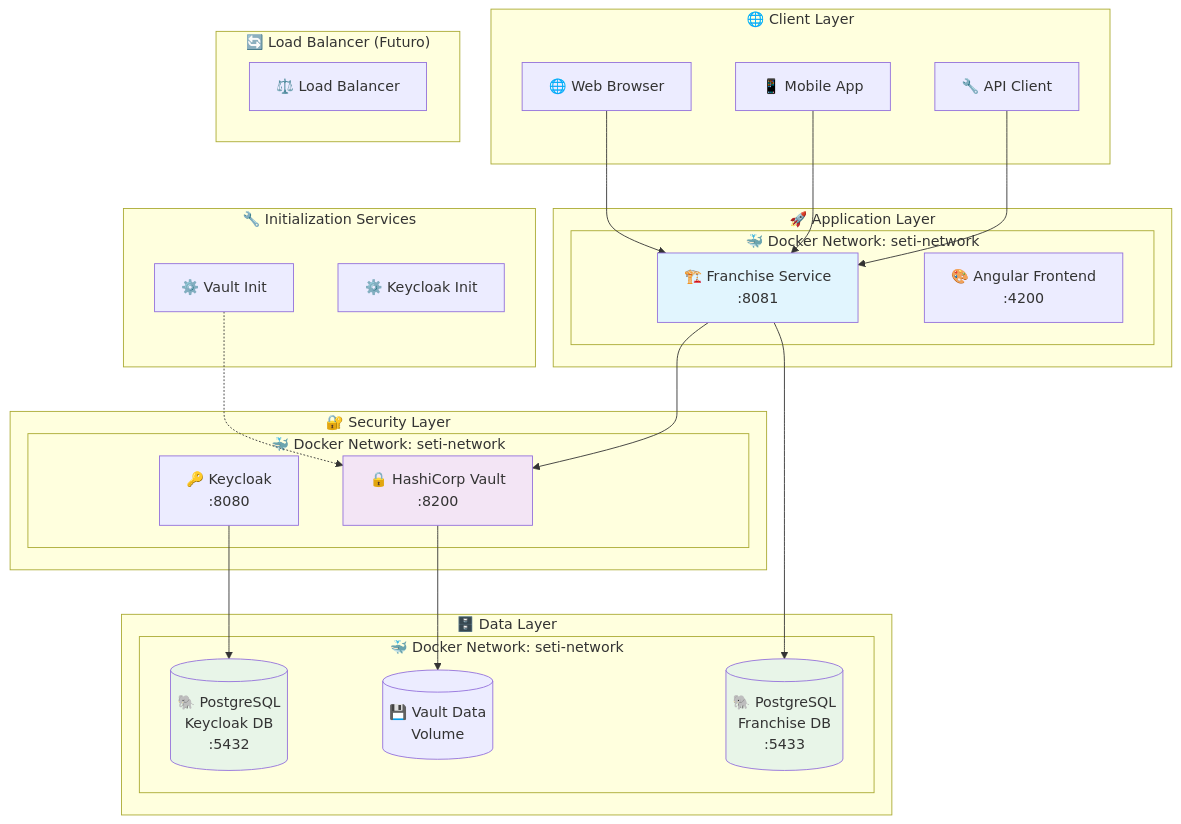
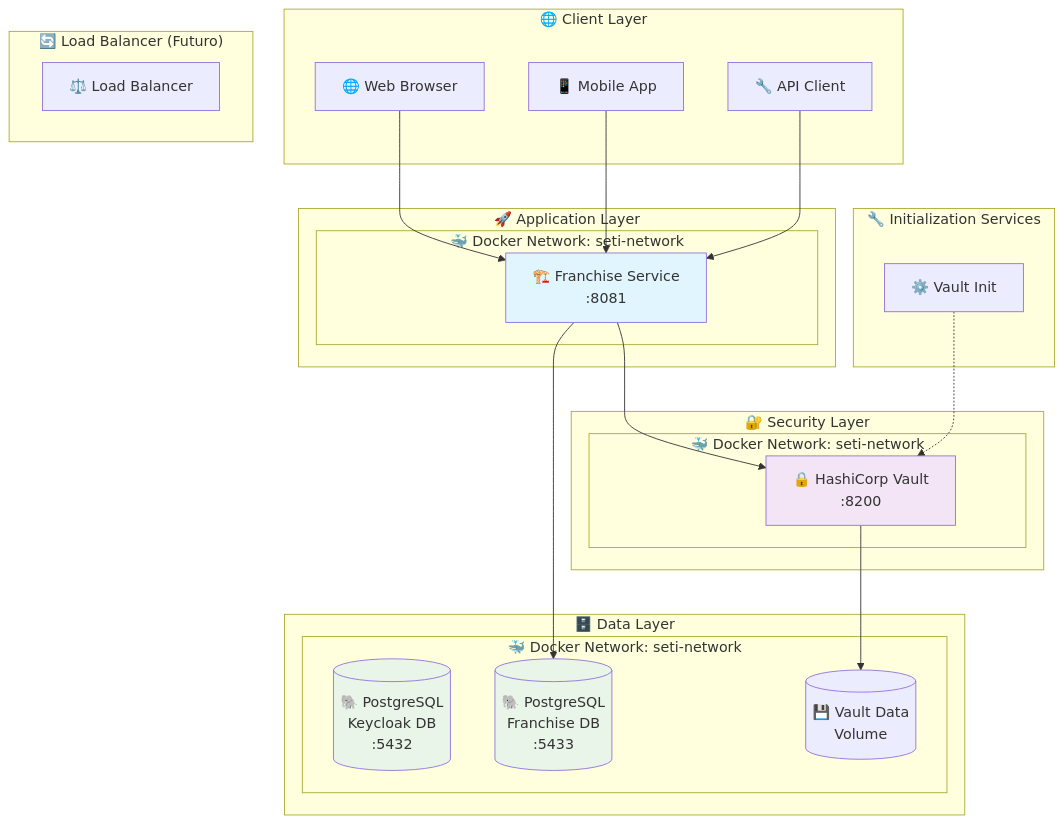
Before and after one commit to emosquerafs/seti: the fourth of 18 diagrams in README.md, drawn with Mermaid.

Commit message:
feat: remove Keycloak references from architecture diagram in README.md

````diff
--- a/README.md
+++ b/README.md
@@ -192,57 +192,54 @@
 ```mermaid
 graph TB
     subgraph "🌐 Client Layer"
         WEB[🌐 Web Browser]
         MOBILE[📱 Mobile App]
         API_CLIENT[🔧 API Client]
     end
     
     subgraph "🔄 Load Balancer (Futuro)"
         LB[⚖️ Load Balancer]
     end
     
     subgraph "🚀 Application Layer"
         subgraph "🐳 Docker Network: seti-network"
-            BACKEND[🏗️ Franchise Service<br/>:8081]
-            FRONTEND[🎨 Angular Frontend<br/>:4200]
+            BACKEND[🏗️ Franchise Service<br/>:8081]            
         end
     end
     
     subgraph "🔐 Security Layer"
-        subgraph "🐳 Docker Network: seti-network"
-            KEYCLOAK[🔑 Keycloak<br/>:8080]
+        subgraph "🐳 Docker Network: seti-network"            
             VAULT[🔒 HashiCorp Vault<br/>:8200]
         end
     end
     
     subgraph "🗄️ Data Layer"
         subgraph "🐳 Docker Network: seti-network"
             PG_KC[(🐘 PostgreSQL<br/>Keycloak DB<br/>:5432)]
             PG_APP[(🐘 PostgreSQL<br/>Franchise DB<br/>:5433)]
             VAULT_DATA[(💾 Vault Data<br/>Volume)]
         end
     end
     
     subgraph "🔧 Initialization Services"
         VAULT_INIT[⚙️ Vault Init]
-        KC_INIT[⚙️ Keycloak Init]
     end
     
     WEB --> BACKEND
     MOBILE --> BACKEND
     API_CLIENT --> BACKEND   
     
     
     BACKEND --> VAULT
     BACKEND --> PG_APP
     
-    KEYCLOAK --> PG_KC
+    
     VAULT --> VAULT_DATA
     
     VAULT_INIT -.-> VAULT    
     
     style BACKEND fill:#e1f5fe    
     style VAULT fill:#f3e5f5
     style PG_KC fill:#e8f5e8
     style PG_APP fill:#e8f5e8
 ```
````
